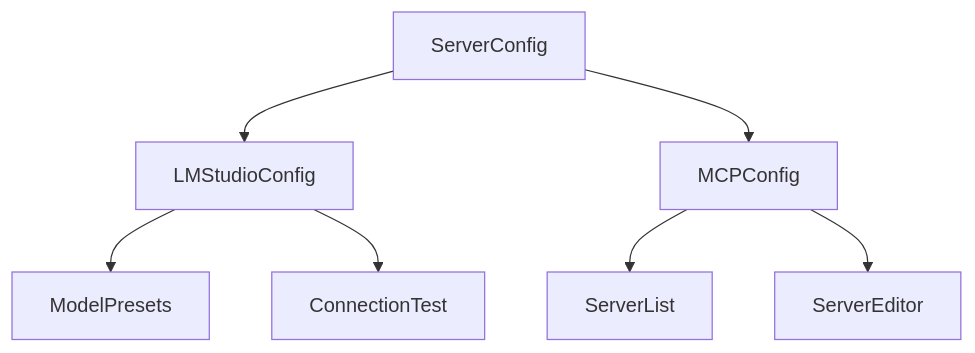
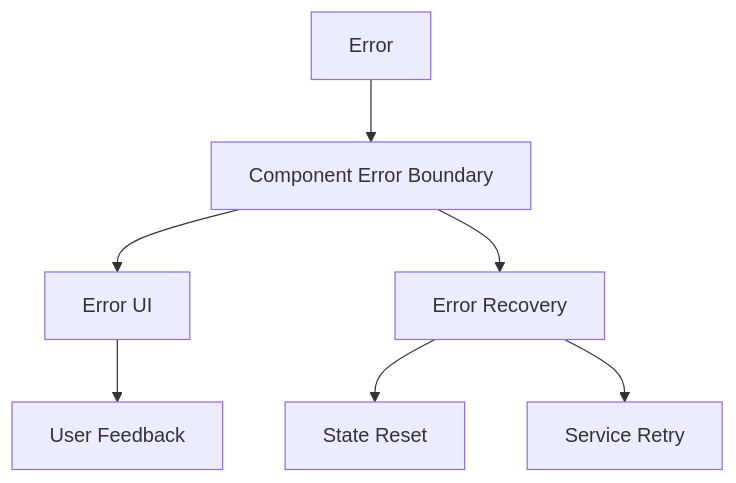
One commit to SimoKiihamaki/cognicore changed the third of 3 diagrams in docs/components.md. Above: the diagram before and after it, drawn with Mermaid. The commit also changed other lines of this file and 9 other files, not shown here.

````diff
--- a/docs/components.md
+++ b/docs/components.md
@@ -97,9 +258,10 @@
 ```mermaid
 graph TD
-    A[ServerConfig] --> B[LMStudioConfig]
-    A --> C[MCPConfig]
-    B --> D[ModelPresets]
-    B --> E[ConnectionTest]
-    C --> F[ServerList]
-    C --> G[ServerEditor]
+    A[Error] --> B[Component Error Boundary]
+    B --> C[Error UI]
+    B --> D[Error Recovery]
+    
+    C --> E[User Feedback]
+    D --> F[State Reset]
+    D --> G[Service Retry]
 ```
````
